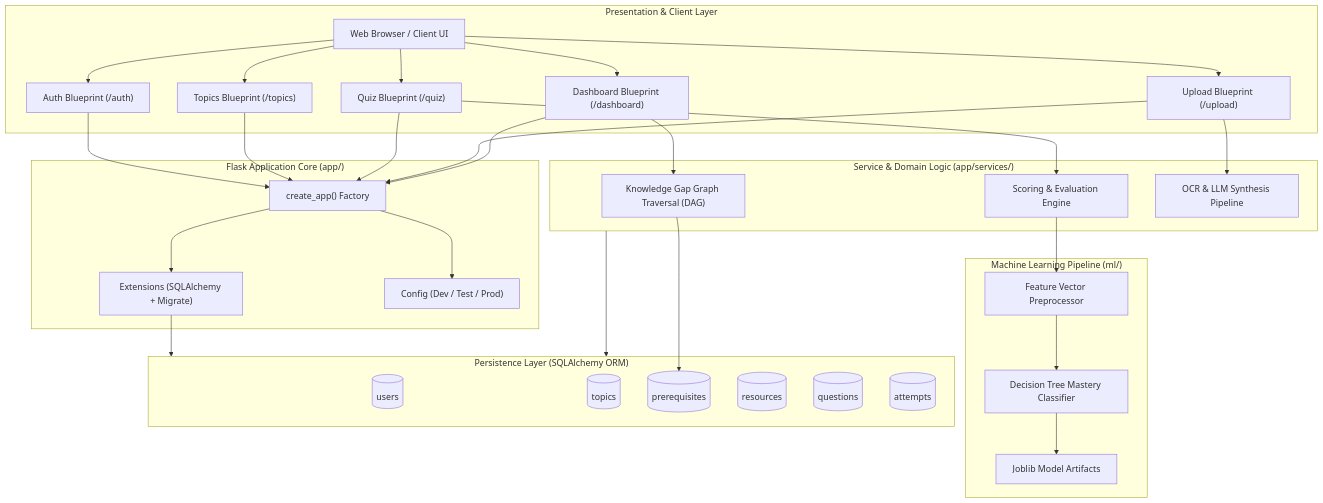
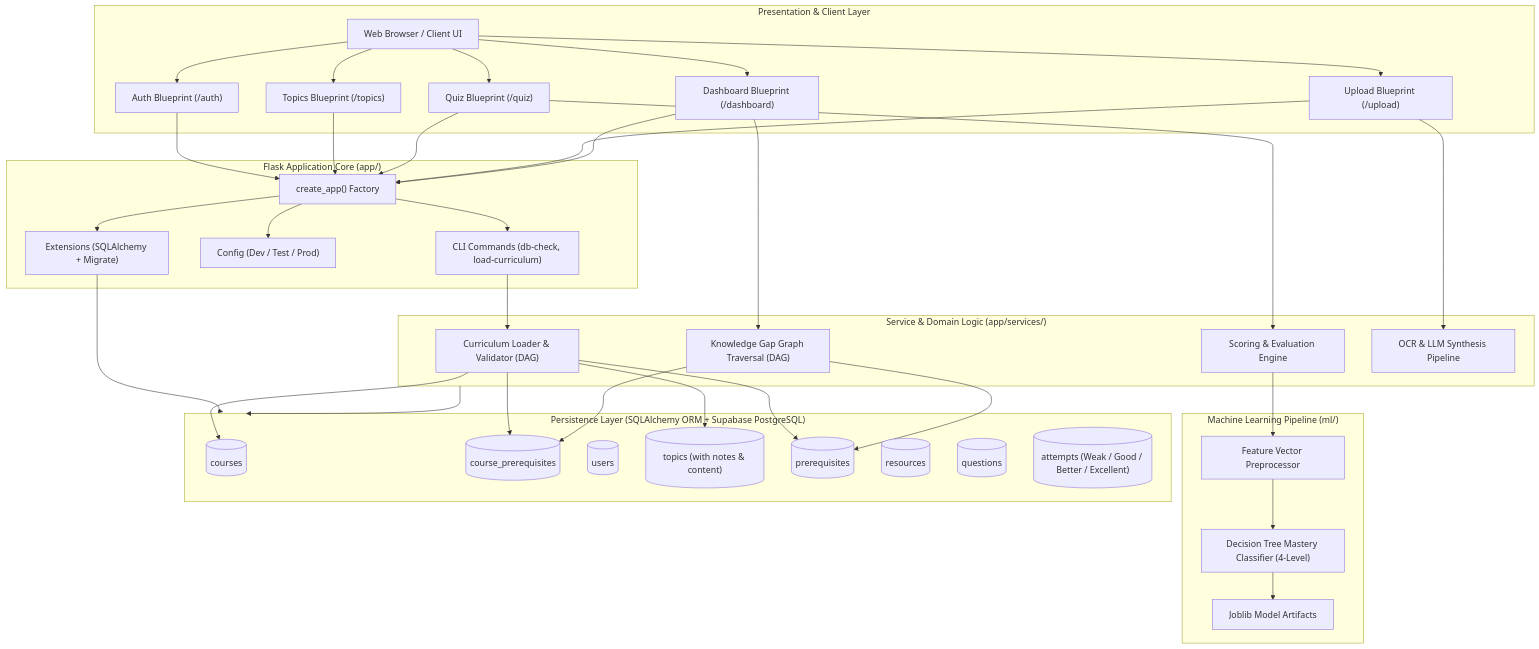
The diagram in README.md (Rabia-arain09/study_sphere), drawn with Mermaid before and after one commit. The commit also changed other lines of this file and 17 other files, not shown here.

Commit message:
feat: course model, notes columns, 4-level labels and curriculum loader

````diff
--- a/README.md
+++ b/README.md
@@ -11,50 +11,56 @@
 ```mermaid
 flowchart TD
     subgraph Client["Presentation & Client Layer"]
         UI["Web Browser / Client UI"]
         AuthBP["Auth Blueprint (/auth)"]
         TopicsBP["Topics Blueprint (/topics)"]
         QuizBP["Quiz Blueprint (/quiz)"]
         UploadBP["Upload Blueprint (/upload)"]
         DashBP["Dashboard Blueprint (/dashboard)"]
     end
 
     subgraph Core["Flask Application Core (app/)"]
         Factory["create_app() Factory"]
         Extensions["Extensions (SQLAlchemy + Migrate)"]
         Config["Config (Dev / Test / Prod)"]
+        CLI["CLI Commands (db-check, load-curriculum)"]
     end
 
     subgraph Services["Service & Domain Logic (app/services/)"]
+        CurriculumLoader["Curriculum Loader & Validator (DAG)"]
         GapAnalysis["Knowledge Gap Graph Traversal (DAG)"]
         QuizEngine["Scoring & Evaluation Engine"]
         IngestionService["OCR & LLM Synthesis Pipeline"]
     end
 
     subgraph ML["Machine Learning Pipeline (ml/)"]
-        DTClassifier["Decision Tree Mastery Classifier"]
+        DTClassifier["Decision Tree Mastery Classifier (4-Level)"]
         FeatureExtractor["Feature Vector Preprocessor"]
         ModelStorage["Joblib Model Artifacts"]
     end
 
-    subgraph DB["Persistence Layer (SQLAlchemy ORM)"]
+    subgraph DB["Persistence Layer (SQLAlchemy ORM + Supabase PostgreSQL)"]
+        CoursesTbl[("courses")]
+        CoursePrereqsTbl[("course_prerequisites")]
         UsersTbl[("users")]
-        TopicsTbl[("topics")]
+        TopicsTbl[("topics (with notes & content)")]
         PrereqsTbl[("prerequisites")]
         ResourcesTbl[("resources")]
         QuestionsTbl[("questions")]
-        AttemptsTbl[("attempts")]
+        AttemptsTbl[("attempts (Weak / Good / Better / Excellent)")]
     end
 
     UI --> AuthBP & TopicsBP & QuizBP & UploadBP & DashBP
     AuthBP & TopicsBP & QuizBP & UploadBP & DashBP --> Factory
-    Factory --> Extensions & Config
+    Factory --> Extensions & Config & CLI
+    CLI --> CurriculumLoader
+    CurriculumLoader --> CoursesTbl & CoursePrereqsTbl & TopicsTbl & PrereqsTbl
     QuizBP --> QuizEngine
     UploadBP --> IngestionService
     DashBP --> GapAnalysis
     QuizEngine --> FeatureExtractor --> DTClassifier
     DTClassifier --> ModelStorage
-    GapAnalysis --> PrereqsTbl
+    GapAnalysis --> PrereqsTbl & CoursePrereqsTbl
     Extensions --> DB
     Services --> DB
 ```
````
